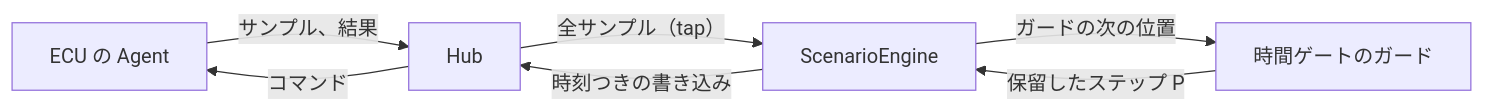
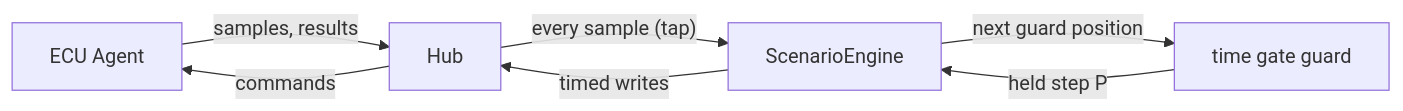
One commit to rahanahu/vehicle-sil changed the second of 2 diagrams in docs/internals/control.md. Above: the diagram before and after it, drawn with Mermaid. The commit also changed other lines of this file and 163 other files, not shown here.

````diff
--- a/docs/internals/control.md
+++ b/docs/internals/control.md
@@ -881,9 +883,9 @@
 ```mermaid
 flowchart LR
-    ecu["ECU の Agent"] -- "サンプル、結果" --> hub["Hub"]
-    hub -- "全サンプル（tap）" --> engine["ScenarioEngine"]
-    engine -- "時刻つきの書き込み" --> hub
-    hub -- "コマンド" --> ecu
-    gate["時間ゲートのガード"] -- "保留したステップ P" --> engine
-    engine -- "ガードの次の位置" --> gate
+    ecu["ECU Agent"] -- "samples, results" --> hub["Hub"]
+    hub -- "every sample (tap)" --> engine["ScenarioEngine"]
+    engine -- "timed writes" --> hub
+    hub -- "commands" --> ecu
+    gate["time gate guard"] -- "held step P" --> engine
+    engine -- "next guard position" --> gate
 ```
````
